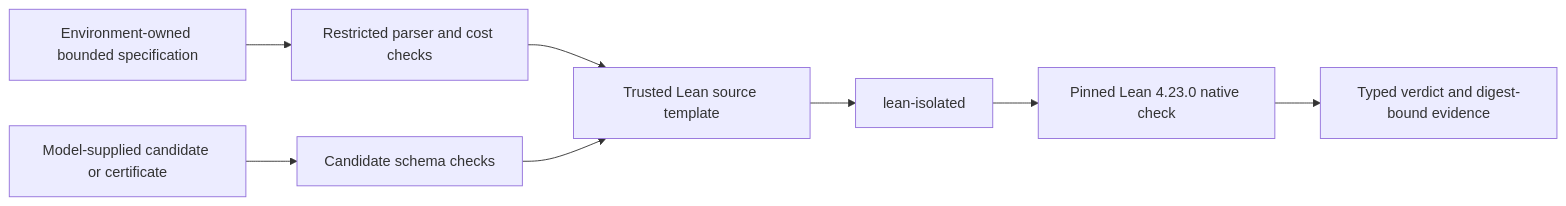
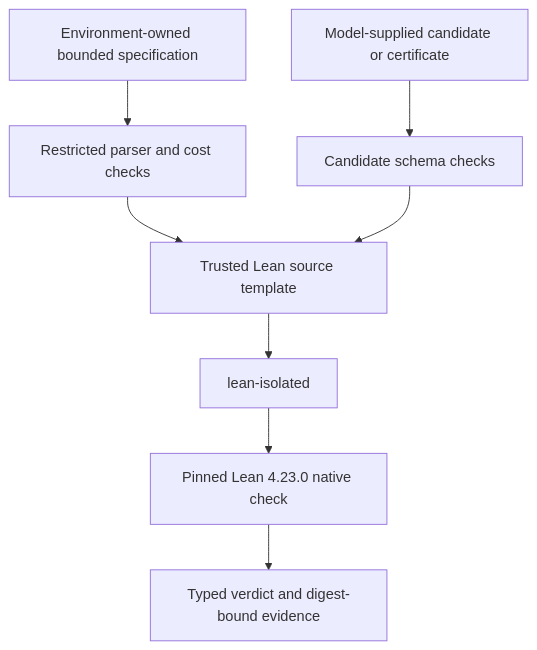
Before and after one commit to stanleyngugi/mathcheck-engine: the diagram in TECHNICAL_ARTICLE.md, drawn with Mermaid. The commit also changed other lines of this file and 7 other files, not shown here.

````diff
--- a/TECHNICAL_ARTICLE.md
+++ b/TECHNICAL_ARTICLE.md
@@ -80,10 +80,10 @@
 ```mermaid
-flowchart LR
+flowchart TD
     A[Environment-owned bounded specification] --> B[Restricted parser and cost checks]
     C[Model-supplied candidate or certificate] --> D[Candidate schema checks]
     B --> E[Trusted Lean source template]
     D --> E
     E --> F[lean-isolated]
     F --> G[Pinned Lean 4.23.0 native check]
     G --> H[Typed verdict and digest-bound evidence]
 ```
````
